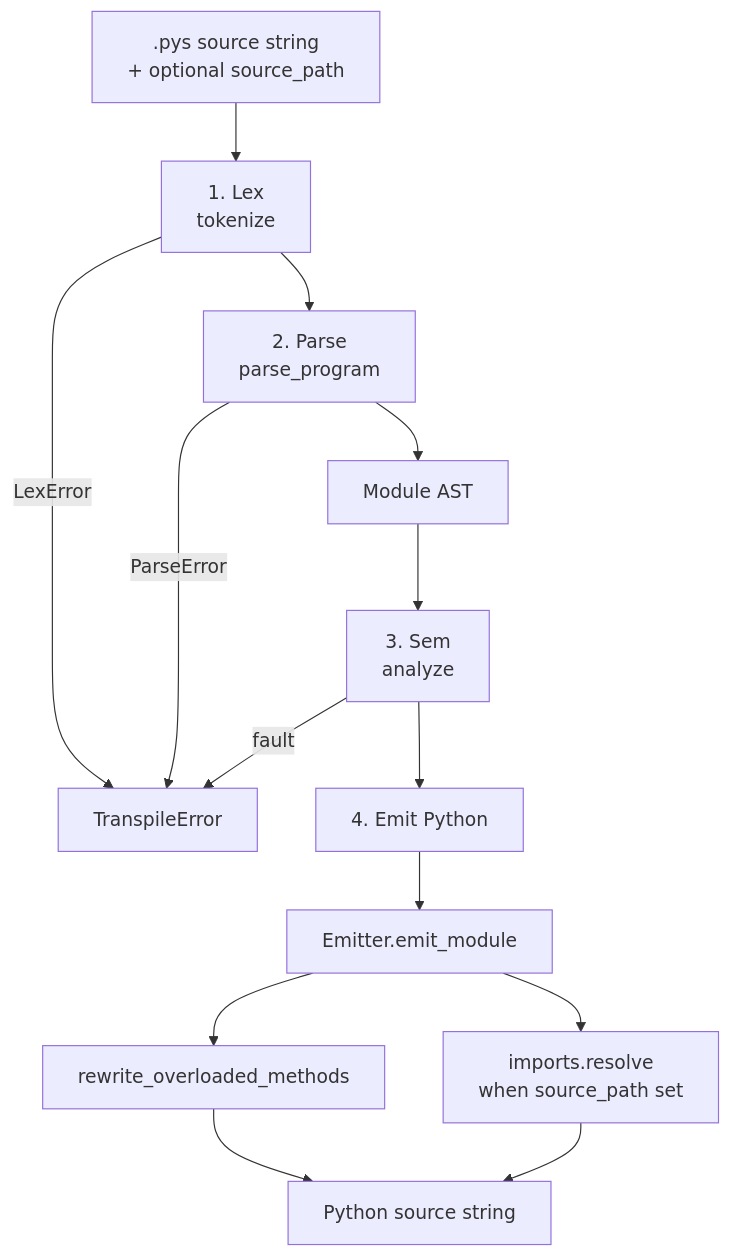
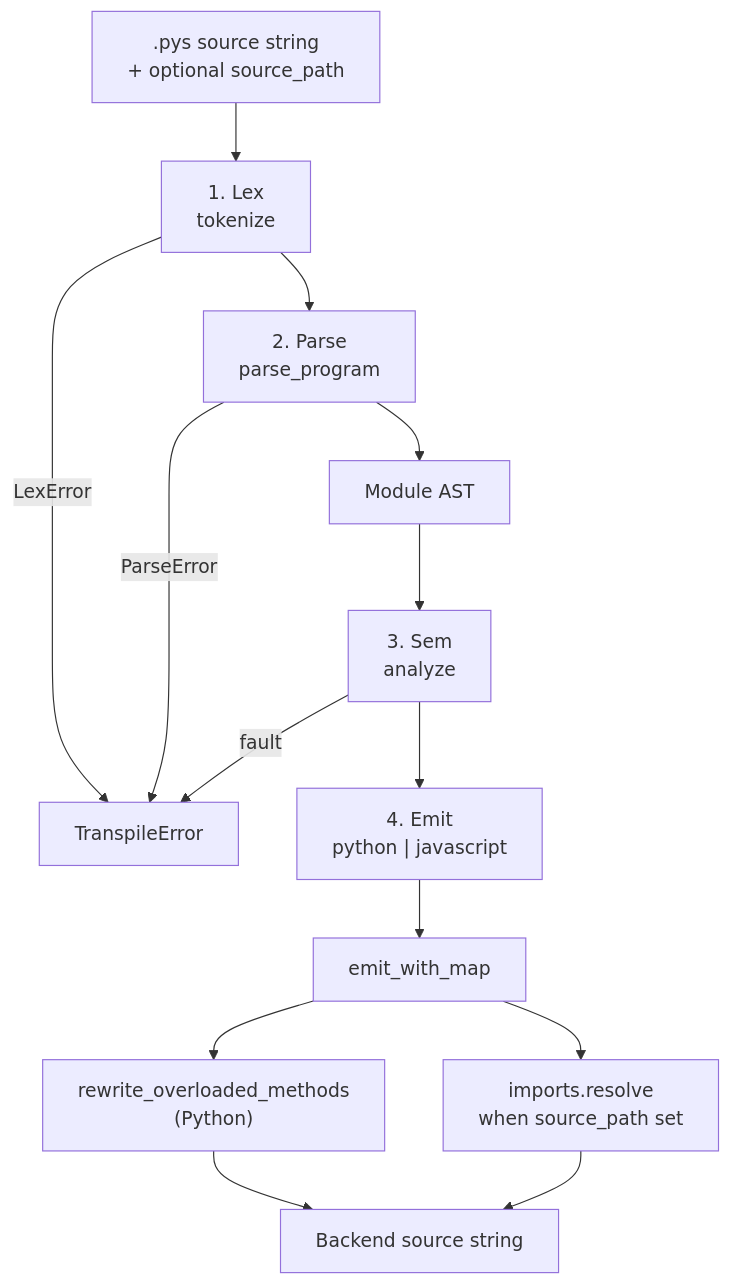
One commit to remideboer/pys changed the third of 7 diagrams in docs/ARCHITECTURE.md. Above: the diagram before and after it, drawn with Mermaid. The commit also changed other lines of this file and 175 other files, not shown here.

````diff
--- a/docs/ARCHITECTURE.md
+++ b/docs/ARCHITECTURE.md
@@ -108,16 +123,16 @@
 ```mermaid
 flowchart TD
   Src[".pys source string<br/>+ optional source_path"] --> Lex["1. Lex<br/>tokenize"]
   Lex -->|LexError| Err["TranspileError"]
   Lex --> Parse["2. Parse<br/>parse_program"]
   Parse -->|ParseError| Err
   Parse --> Tree["Module AST"]
   Tree --> Sem["3. Sem<br/>analyze"]
   Sem -->|fault| Err
-  Sem --> Emit["4. Emit Python"]
-  Emit --> Walk["Emitter.emit_module"]
-  Walk --> Over["rewrite_overloaded_methods"]
+  Sem --> Emit["4. Emit<br/>python | javascript"]
+  Emit --> Walk["emit_with_map"]
+  Walk --> Over["rewrite_overloaded_methods<br/>(Python)"]
   Walk --> ImpRes["imports.resolve<br/>when source_path set"]
-  Over --> Out["Python source string"]
+  Over --> Out["Backend source string"]
   ImpRes --> Out
 ```
````
